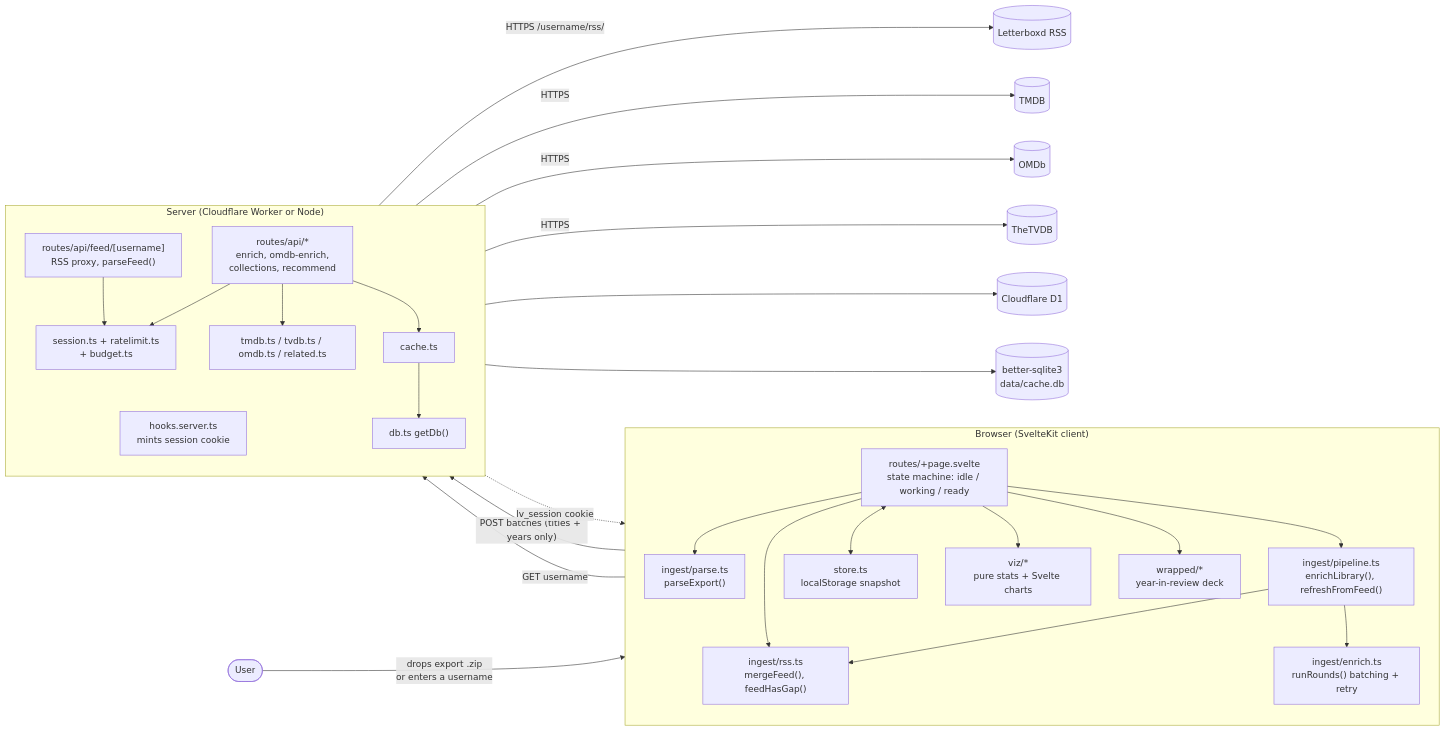
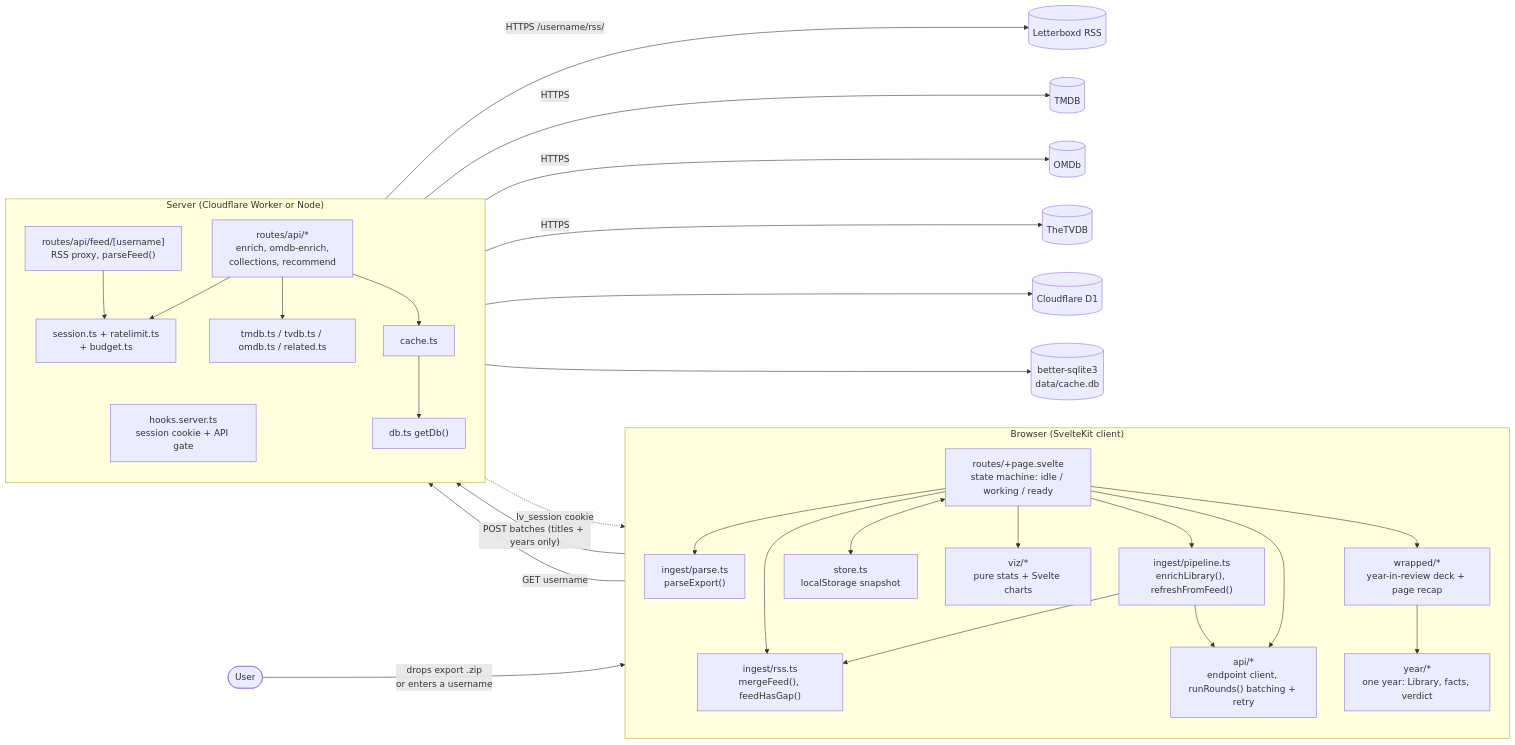
Before and after one commit to LaurinSorgend/letterboxd-vizard: the first of 26 diagrams in docs/ARCHITECTURE.md, drawn with Mermaid. The commit also changed other lines of this file and 319 other files, not shown here.

Commit message:
Untangle the codebase: shared film/api/year modules, per-section dashboard, generic server caches

````diff
--- a/docs/ARCHITECTURE.md
+++ b/docs/ARCHITECTURE.md
@@ -15,50 +15,53 @@
 ```mermaid
 flowchart LR
     user([User]) -->|"drops export .zip<br/>or enters a username"| browser
 
     subgraph browser["Browser (SvelteKit client)"]
         direction TB
         page["routes/+page.svelte<br/>state machine: idle / working / ready"]
         parse["ingest/parse.ts<br/>parseExport()"]
         rss["ingest/rss.ts<br/>mergeFeed(), feedHasGap()"]
         pipeline["ingest/pipeline.ts<br/>enrichLibrary(), refreshFromFeed()"]
-        enrichClient["ingest/enrich.ts<br/>runRounds() batching + retry"]
+        enrichClient["api/*<br/>endpoint client, runRounds() batching + retry"]
         store["store.ts<br/>localStorage snapshot"]
         viz["viz/*<br/>pure stats + Svelte charts"]
-        wrapped["wrapped/*<br/>year-in-review deck"]
+        year["year/*<br/>one year: Library, facts, verdict"]
+        wrapped["wrapped/*<br/>year-in-review deck + page recap"]
         page --> parse
         page --> rss
         page --> pipeline --> enrichClient
+        page --> enrichClient
         pipeline --> rss
         page <--> store
         page --> viz
         page --> wrapped
+        wrapped --> year
     end
 
     subgraph server["Server (Cloudflare Worker or Node)"]
         direction TB
-        hooks["hooks.server.ts<br/>mints session cookie"]
+        hooks["hooks.server.ts<br/>session cookie + API gate"]
         api["routes/api/*<br/>enrich, omdb-enrich,<br/>collections, recommend"]
         feed["routes/api/feed/[username]<br/>RSS proxy, parseFeed()"]
         feed --> guard
         guard["session.ts + ratelimit.ts<br/>+ budget.ts"]
         clients["tmdb.ts / tvdb.ts / omdb.ts / related.ts"]
         cache["cache.ts"]
         db["db.ts getDb()"]
         api --> guard
         api --> clients
         api --> cache --> db
     end
 
     enrichClient -->|"POST batches (titles + years only)"| api
     pipeline -->|"GET username"| feed
     hooks -.->|"lv_session cookie"| page
 
     feed -->|"HTTPS /username/rss/"| lb[(Letterboxd RSS)]
     clients -->|HTTPS| tmdb[(TMDB)]
     clients -->|HTTPS| omdb[(OMDb)]
     clients -->|HTTPS| tvdb[(TheTVDB)]
 
     db --> d1[("Cloudflare D1")]
     db --> sqlite[("better-sqlite3<br/>data/cache.db")]
 ```
````
